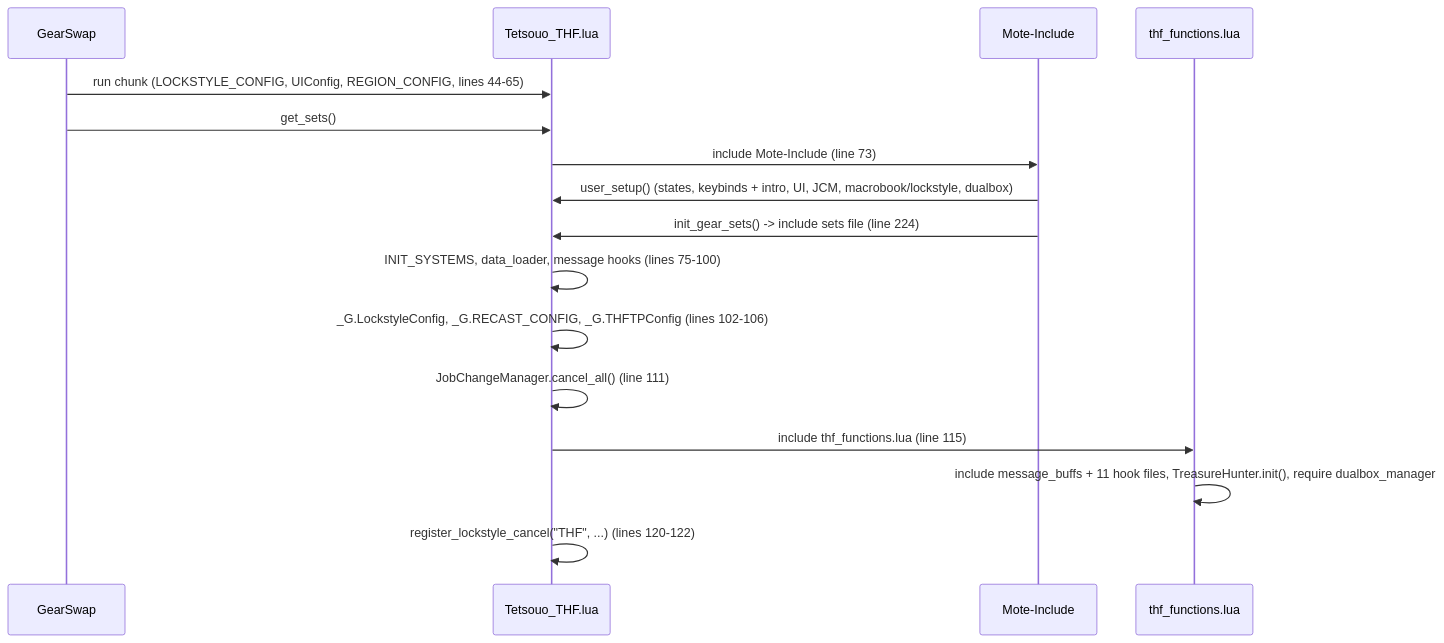
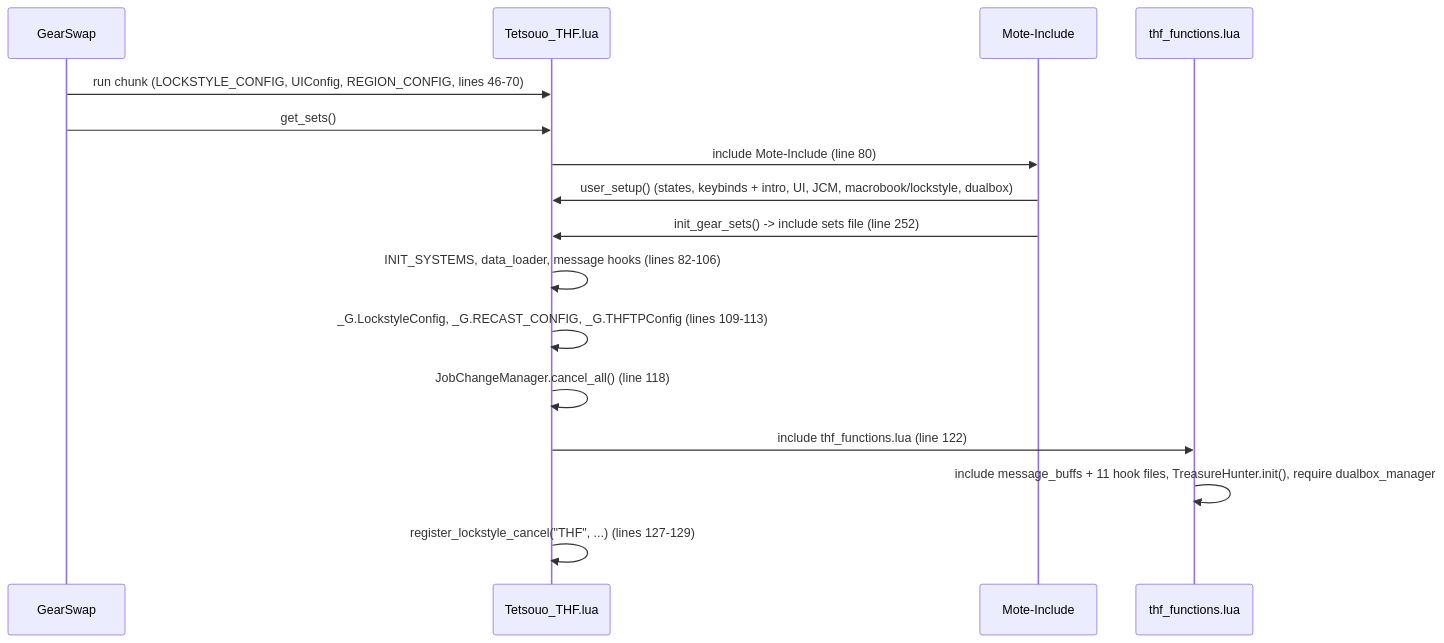
Before and after one commit to ejouanchicot/Gearswap: the first of 3 diagrams in docs/dev/jobs/thf.md, drawn with Mermaid. The commit also changed other lines of this file and 81 other files, not shown here.

````diff
--- a/docs/dev/jobs/thf.md
+++ b/docs/dev/jobs/thf.md
@@ -86,18 +89,18 @@
 ```mermaid
 sequenceDiagram
     participant GS as GearSwap
     participant E as Tetsouo_THF.lua
     participant M as Mote-Include
     participant F as thf_functions.lua
-    GS->>E: run chunk (LOCKSTYLE_CONFIG, UIConfig, REGION_CONFIG, lines 44-65)
+    GS->>E: run chunk (LOCKSTYLE_CONFIG, UIConfig, REGION_CONFIG, lines 46-70)
     GS->>E: get_sets()
-    E->>M: include Mote-Include (line 73)
+    E->>M: include Mote-Include (line 80)
     M->>E: user_setup() (states, keybinds + intro, UI, JCM, macrobook/lockstyle, dualbox)
-    M->>E: init_gear_sets() -> include sets file (line 224)
-    E->>E: INIT_SYSTEMS, data_loader, message hooks (lines 75-100)
-    E->>E: _G.LockstyleConfig, _G.RECAST_CONFIG, _G.THFTPConfig (lines 102-106)
-    E->>E: JobChangeManager.cancel_all() (line 111)
-    E->>F: include thf_functions.lua (line 115)
+    M->>E: init_gear_sets() -> include sets file (line 252)
+    E->>E: INIT_SYSTEMS, data_loader, message hooks (lines 82-106)
+    E->>E: _G.LockstyleConfig, _G.RECAST_CONFIG, _G.THFTPConfig (lines 109-113)
+    E->>E: JobChangeManager.cancel_all() (line 118)
+    E->>F: include thf_functions.lua (line 122)
     F->>F: include message_buffs + 11 hook files, TreasureHunter.init(), require dualbox_manager
-    E->>E: register_lockstyle_cancel("THF", ...) (lines 120-122)
+    E->>E: register_lockstyle_cancel("THF", ...) (lines 127-129)
 ```
````
